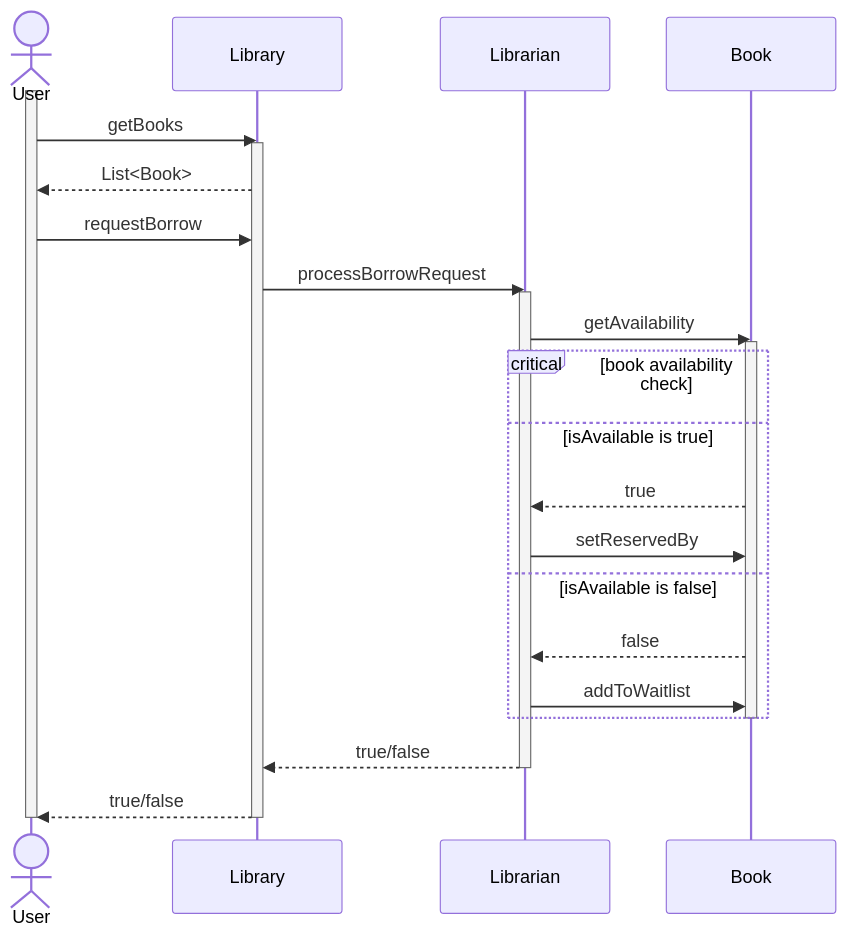
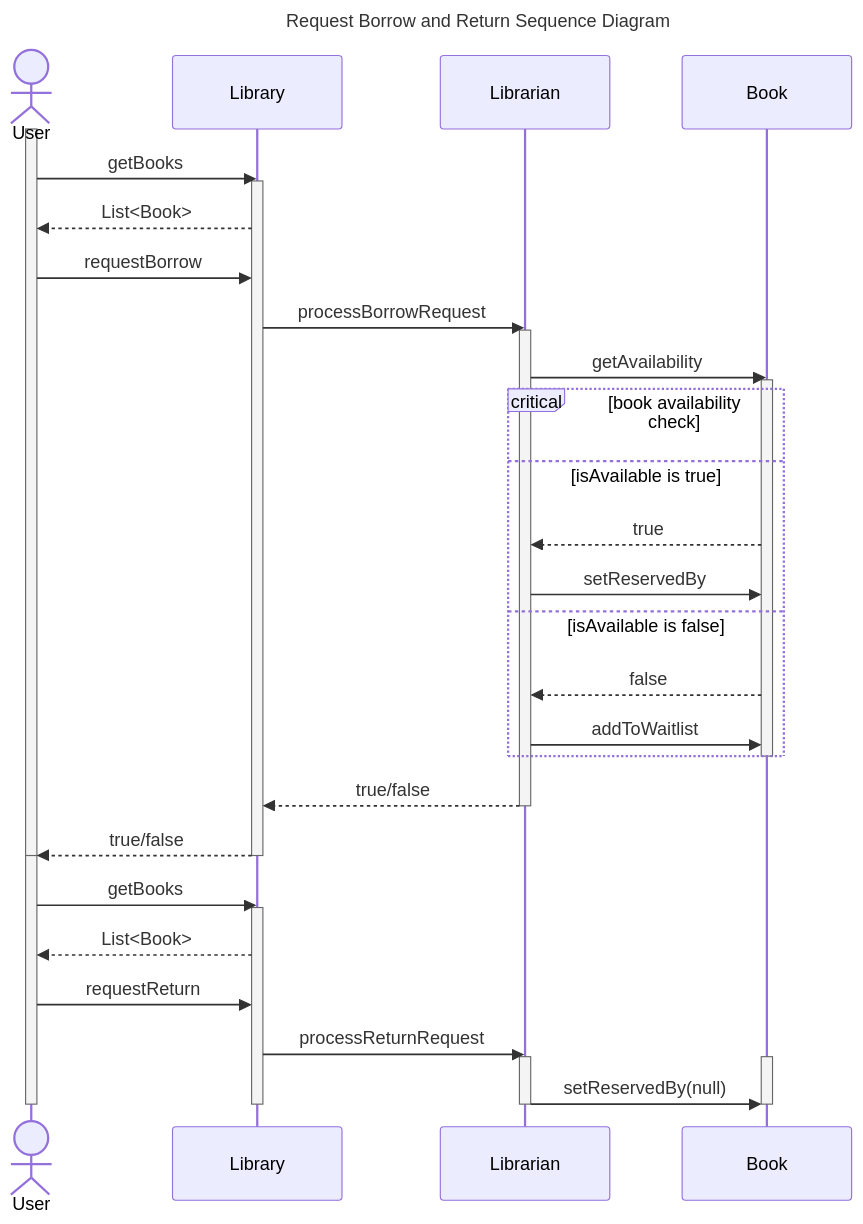
One commit to BetterLordWilliam/comp7082-system-modeling-lab changed the diagram in docs/sequence-diagram.mmd. Above: the diagram before and after it, drawn with Mermaid. The commit also changed 3 other files, not shown here.

Commit message:
WO: state diagram written.

```diff
--- a/docs/sequence-diagram.mmd
+++ b/docs/sequence-diagram.mmd
@@ -1,30 +1,47 @@
+---
+title: Request Borrow and Return Sequence Diagram
+---
 sequenceDiagram
     actor User
 
     participant Library
     participant Librarian
     participant Book
 
     activate User
     User ->> Library: getBooks
     activate Library
     Library -->> User: List<Book>
     User ->> Library: requestBorrow
     Library ->> Librarian: processBorrowRequest
     activate Librarian
     Librarian ->> Book: getAvailability
     activate Book
     critical book availability check
     option isAvailable is true
         Book -->> Librarian: true
         Librarian ->> Book: setReservedBy
     option isAvailable is false
         Book -->> Librarian: false
         Librarian ->> Book: addToWaitlist
     end
     deactivate Book
     Librarian -->> Library: true/false
     deactivate Librarian
     Library -->> User: true/false
     deactivate Library
     deactivate User
+
+    activate User
+    User ->> Library: getBooks
+    activate Library
+    Library -->> User: List<Book>
+    User ->> Library: requestReturn
+    Library ->> Librarian: processReturnRequest
+    activate Librarian
+    activate Book
+    Librarian ->> Book: setReservedBy(null)
+    deactivate Book
+    deactivate Librarian
+    deactivate Library
+    deactivate User
```
